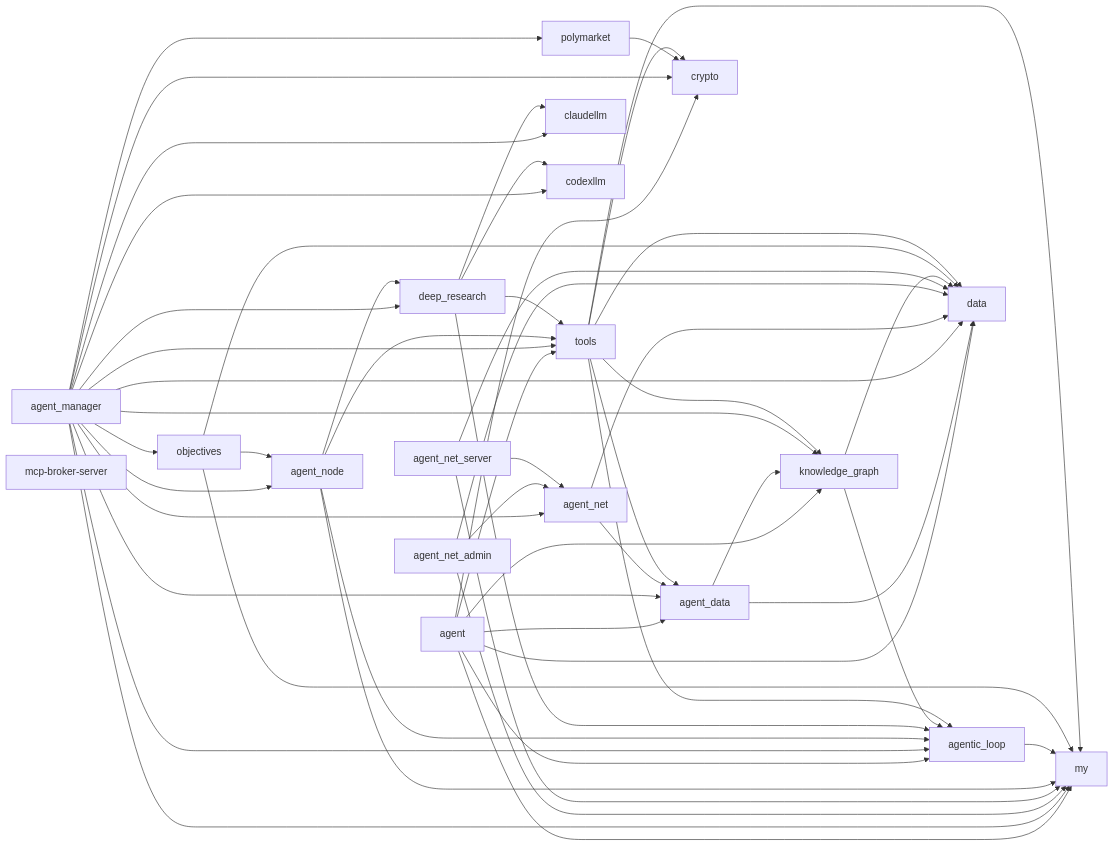
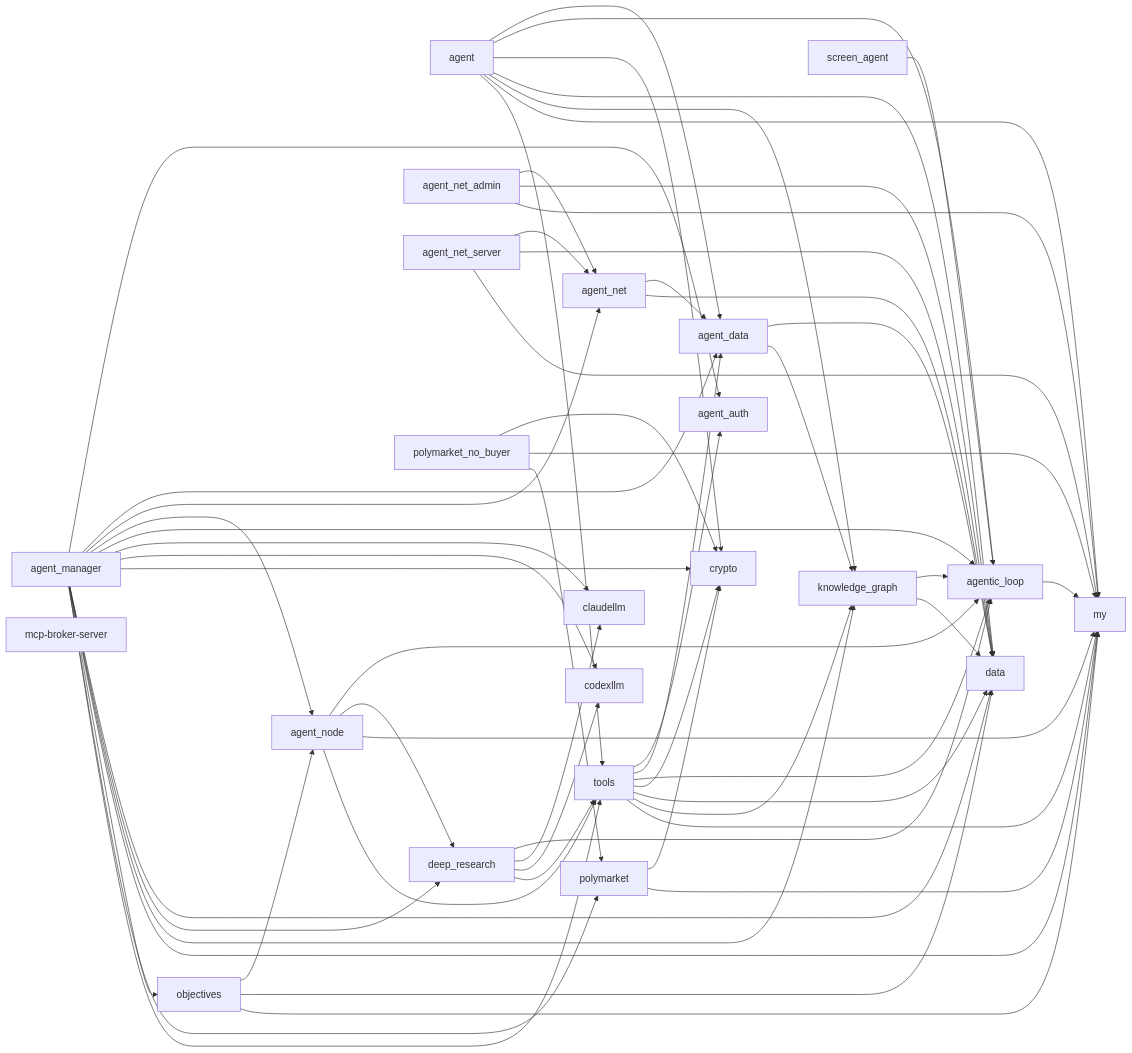
Before and after one commit to original-david-knight/go_wild: the diagram in README.md, drawn with Mermaid. The commit also changed other lines of this file and 1 other file, not shown here.

````diff
--- a/README.md
+++ b/README.md
@@ -274,61 +274,69 @@
 ```mermaid
 flowchart LR
   agent --> agent_data
   agent --> agentic_loop
   agent --> crypto
   agent --> data
   agent --> knowledge_graph
   agent --> my
   agent --> tools
+  agent_auth["agent_auth"]
   agent_data --> data
   agent_data --> knowledge_graph
+  agent_manager --> agent_auth
   agent_manager --> agent_data
   agent_manager --> agent_net
   agent_manager --> agent_node
   agent_manager --> agentic_loop
   agent_manager --> claudellm
   agent_manager --> codexllm
   agent_manager --> crypto
   agent_manager --> data
   agent_manager --> deep_research
   agent_manager --> knowledge_graph
   agent_manager --> my
   agent_manager --> objectives
   agent_manager --> polymarket
   agent_manager --> tools
   agent_net --> agent_data
   agent_net --> data
   agent_net_admin --> agent_net
   agent_net_admin --> data
   agent_net_admin --> my
   agent_net_server --> agent_net
   agent_net_server --> data
   agent_net_server --> my
   agent_node --> agentic_loop
   agent_node --> deep_research
   agent_node --> my
   agent_node --> tools
   agentic_loop --> my
   claudellm["claudellm"]
   codexllm["codexllm"]
   crypto["crypto"]
   data["data"]
   deep_research --> agentic_loop
   deep_research --> claudellm
   deep_research --> codexllm
   deep_research --> tools
   knowledge_graph --> agentic_loop
   knowledge_graph --> data
   mcp-broker-server["mcp-broker-server"]
   my["my"]
   objectives --> agent_node
   objectives --> data
   objectives --> my
   polymarket --> crypto
+  polymarket --> my
+  polymarket_no_buyer --> crypto
+  polymarket_no_buyer --> my
+  polymarket_no_buyer --> polymarket
+  screen_agent --> agentic_loop
+  tools --> agent_auth
   tools --> agent_data
   tools --> agentic_loop
   tools --> crypto
   tools --> data
   tools --> knowledge_graph
   tools --> my
 ```
````
